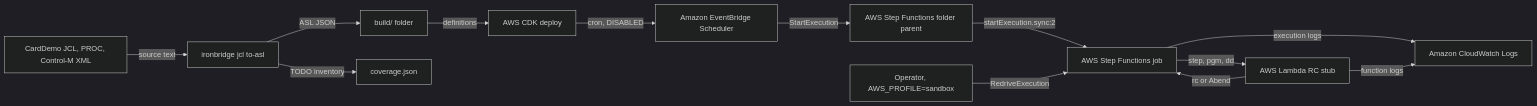
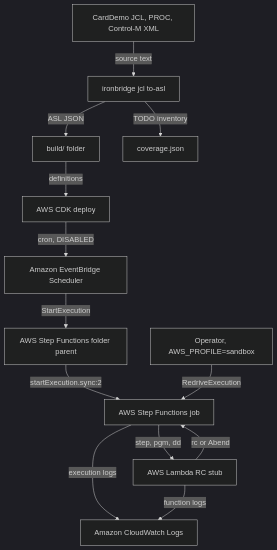
One commit to hsiddhu2/ironbridge changed the diagram in README.md. Above: the diagram before and after it, drawn with Mermaid (dark theme). The commit also changed 1 other file, not shown here.

Commit message:
Draw the architecture diagram top to bottom

````diff
--- a/README.md
+++ b/README.md
@@ -17,15 +17,15 @@
 ```mermaid
-flowchart LR
+flowchart TB
   SRC["CardDemo JCL, PROC, Control-M XML"] -->|source text| CLI["ironbridge jcl to-asl"]
   CLI -->|ASL JSON| BUILD["build/ folder"]
   CLI -->|TODO inventory| COV["coverage.json"]
   BUILD -->|definitions| CDK["AWS CDK deploy"]
   CDK -->|cron, DISABLED| SCH["Amazon EventBridge Scheduler"]
   SCH -->|StartExecution| PARENT["AWS Step Functions folder parent"]
   PARENT -->|startExecution.sync:2| JOB["AWS Step Functions job"]
   JOB -->|step, pgm, dd| STUB["AWS Lambda RC stub"]
   STUB -->|rc or Abend| JOB
   JOB -->|execution logs| CWL["Amazon CloudWatch Logs"]
   STUB -->|function logs| CWL
   OP["Operator, AWS_PROFILE=sandbox"] -->|RedriveExecution| JOB
 ```
````
